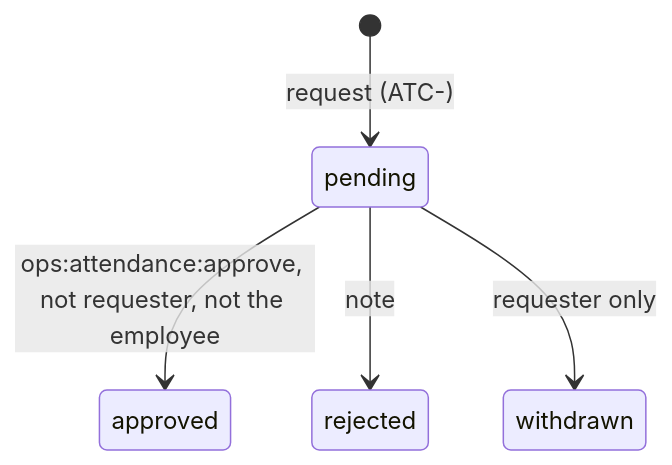
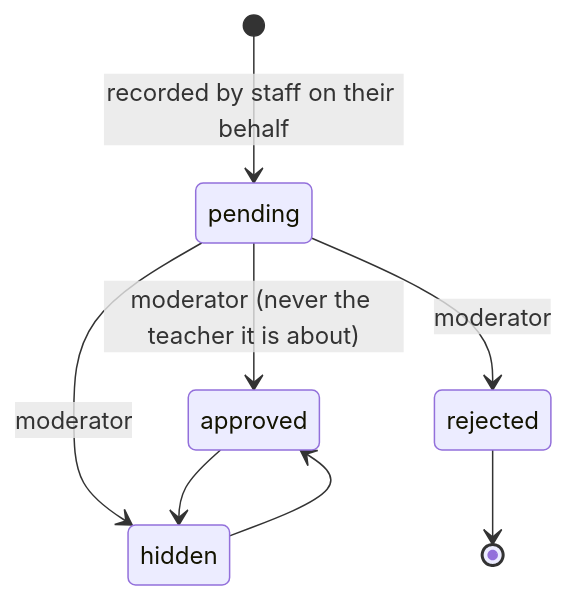
Before and after one commit to team832/Elevate-OS: the tenth of 17 diagrams in apps/business-ops-os/docs/WORKFLOWS.md, drawn with Mermaid. The commit also changed other lines of this file and 773 other files, not shown here.

````diff
--- a/apps/business-ops-os/docs/WORKFLOWS.md
+++ b/apps/business-ops-os/docs/WORKFLOWS.md
@@ -196,7 +195,10 @@
 ```mermaid
 stateDiagram-v2
-  [*] --> pending: request (ATC-)
-  pending --> approved: ops:attendance:approve, not requester, not the employee
-  pending --> rejected: note
-  pending --> withdrawn: requester only
+  [*] --> pending: recorded by staff on their behalf
+  pending --> approved: moderator (never the teacher it is about)
+  pending --> rejected: moderator
+  pending --> hidden: moderator
+  approved --> hidden
+  hidden --> approved
+  rejected --> [*]
 ```
````
